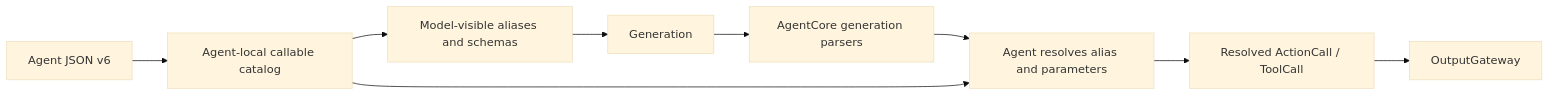
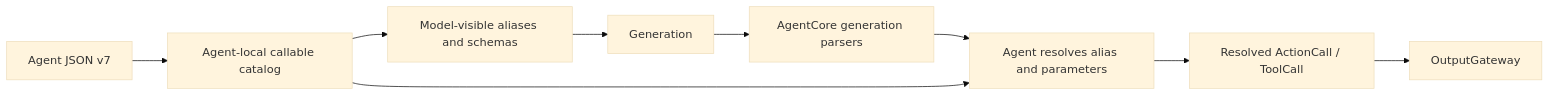
Before and after one commit to devilyouwei/MobileHarness: the ninth of 35 diagrams in MobileHarness/README.md, drawn with Mermaid (base theme). The commit also changed other lines of this file and 456 other files, not shown here.

````diff
--- a/MobileHarness/README.md
+++ b/MobileHarness/README.md
@@ -708,11 +707,11 @@
 ```mermaid
 flowchart LR
-    JSON[Agent JSON v6] --> Catalog[Agent-local callable catalog]
+    JSON[Agent JSON v7] --> Catalog[Agent-local callable catalog]
     Catalog --> Prompt[Model-visible aliases and schemas]
     Prompt --> Model[Generation]
     Model --> Parser[AgentCore generation parsers]
     Parser --> Resolve[Agent resolves alias and parameters]
     Catalog --> Resolve
     Resolve --> Calls[Resolved ActionCall / ToolCall]
     Calls --> Gateway[OutputGateway]
 ```
````
